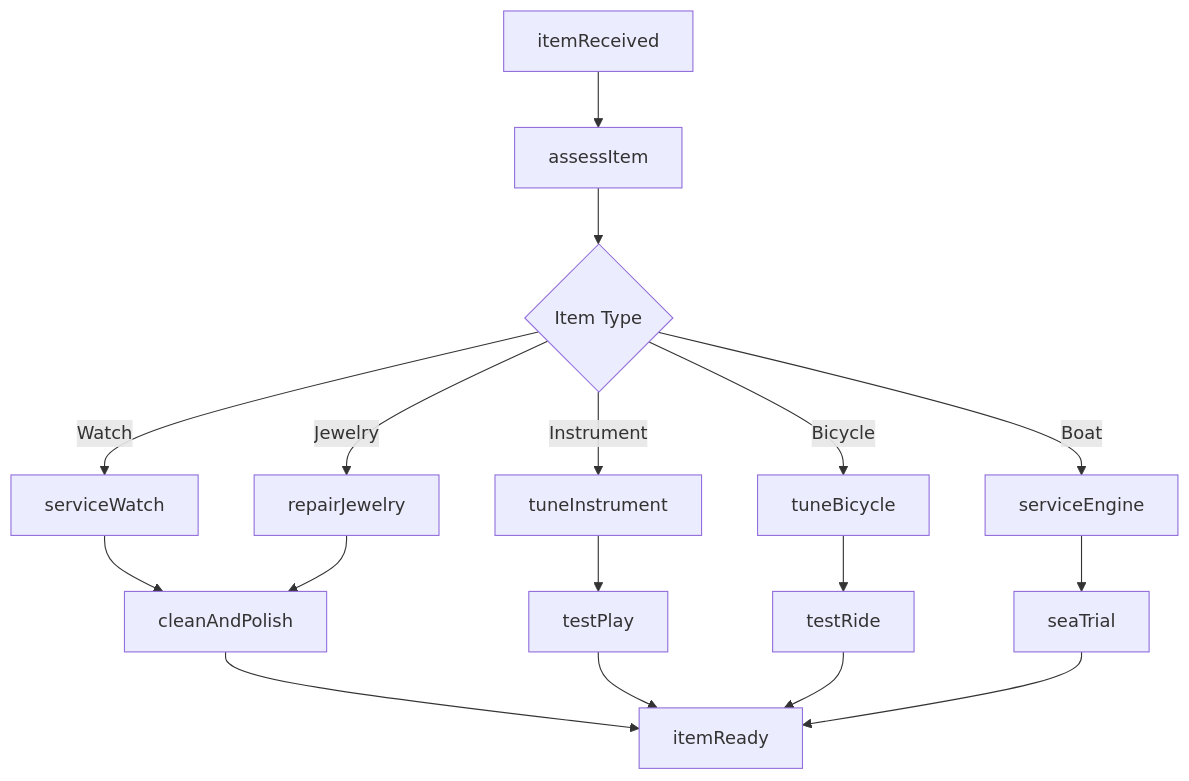
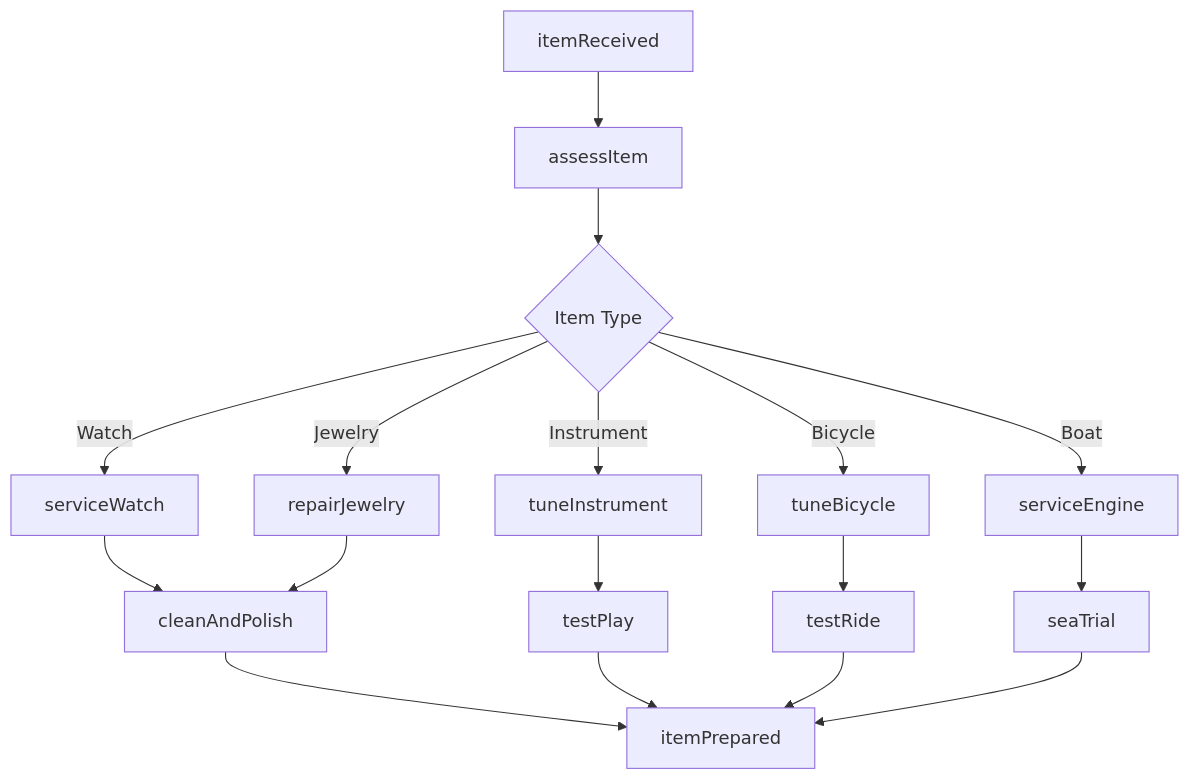
The first of 2 diagrams in OtherServices/RepairAndMaintenance/PersonalAndHouseholdGoodsRepairAndMaintenance/OtherPersonalAndHouseholdGoodsRepairAndMaintenance.mdx (dot-org-ai/industries.org.ai), drawn with Mermaid before and after one commit. The commit also changed other lines of this file and 588 other files, not shown here.

````diff
--- a/OtherServices/RepairAndMaintenance/PersonalAndHouseholdGoodsRepairAndMaintenance/OtherPersonalAndHouseholdGoodsRepairAndMaintenance.mdx
+++ b/OtherServices/RepairAndMaintenance/PersonalAndHouseholdGoodsRepairAndMaintenance/OtherPersonalAndHouseholdGoodsRepairAndMaintenance.mdx
@@ -106,19 +106,19 @@
 ```mermaid
 graph TD
     A[itemReceived] --> B[assessItem]
     B --> C{Item Type}
     C -->|Watch| D[serviceWatch]
     C -->|Jewelry| E[repairJewelry]
     C -->|Instrument| F[tuneInstrument]
     C -->|Bicycle| G[tuneBicycle]
     C -->|Boat| H[serviceEngine]
     D --> I[cleanAndPolish]
     E --> I
     F --> J[testPlay]
     G --> K[testRide]
     H --> L[seaTrial]
-    I --> M[itemReady]
+    I --> M[itemPrepared]
     J --> M
     K --> M
     L --> M
 ```
````
